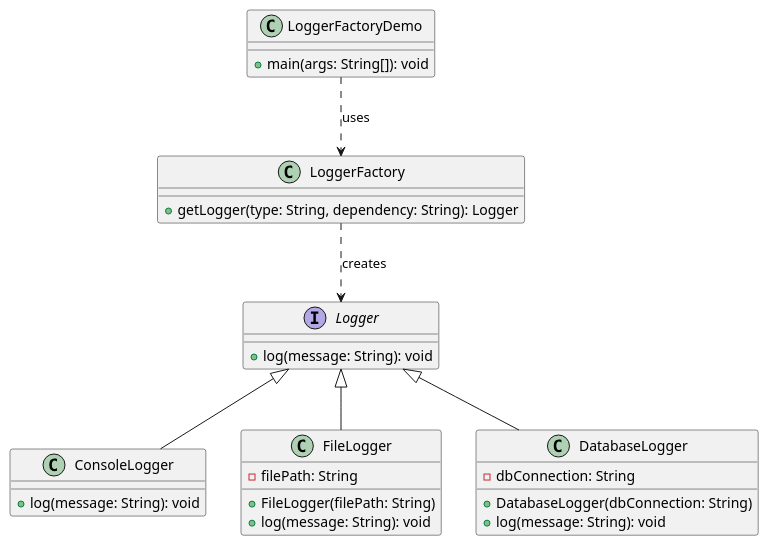
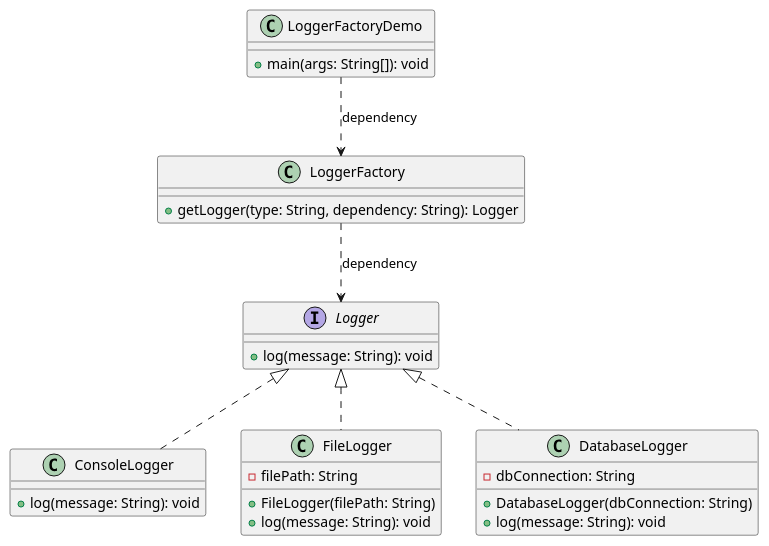
The diagram in creationalPattern/simpleFactory/factoryWithDependencyInjection/uml/uml.puml (tanishasri22/LLD), drawn with PlantUML before and after one commit. The commit also changed 1 other file, not shown here.

Commit message:
corrections in simpleFactor-factoryWithDependencyInjection

```diff
--- a/creationalPattern/simpleFactory/factoryWithDependencyInjection/uml/uml.puml
+++ b/creationalPattern/simpleFactory/factoryWithDependencyInjection/uml/uml.puml
@@ -1,43 +1,37 @@
 @startuml
-
-' Logger interface
 interface Logger {
     + log(message: String): void
 }
 
-' Concrete Logger classes implementing Logger interface
 class ConsoleLogger {
     + log(message: String): void
 }
 
 class FileLogger {
     - filePath: String
     + FileLogger(filePath: String)
     + log(message: String): void
 }
 
 class DatabaseLogger {
     - dbConnection: String
     + DatabaseLogger(dbConnection: String)
     + log(message: String): void
 }
 
-' Factory class for creating loggers
 class LoggerFactory {
     + getLogger(type: String, dependency: String): Logger
 }
 
-' Relationships
-Logger <|-- ConsoleLogger
-Logger <|-- FileLogger
-Logger <|-- DatabaseLogger
-LoggerFactory ..> Logger : "creates"
-
-' Demo class for testing
 class LoggerFactoryDemo {
     + main(args: String[]): void
 }
 
-LoggerFactoryDemo ..> LoggerFactory : "uses"
+Logger <|.. ConsoleLogger
+Logger <|.. FileLogger
+Logger <|.. DatabaseLogger
 
+LoggerFactory ..> Logger : "dependency"
+
+LoggerFactoryDemo ..> LoggerFactory : "dependency"
 @enduml
```
